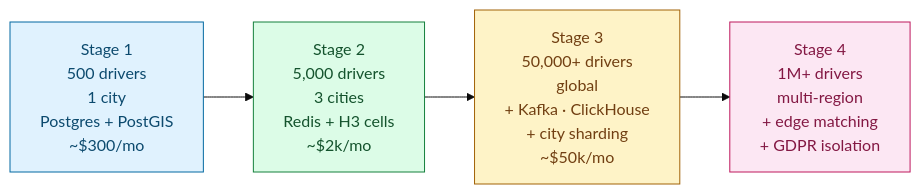
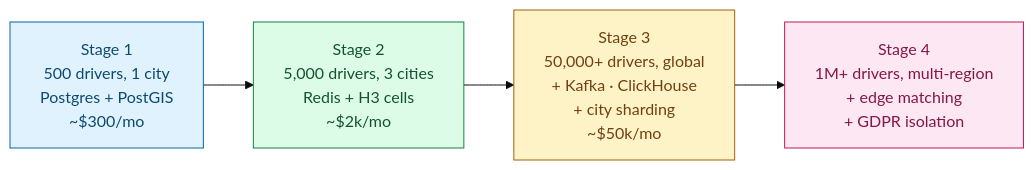
Diagram 13 of 13 in _practice/system-design/007-ride-sharing.md (shiningflash/shiningflash.github.io), drawn with Mermaid (base theme) before and after one commit. The commit also changed other lines of this file and 18 other files, not shown here.

````diff
--- a/_practice/system-design/007-ride-sharing.md
+++ b/_practice/system-design/007-ride-sharing.md
@@ -1012,14 +962,14 @@
 ```mermaid
 flowchart LR
-    S1["Stage 1<br/>500 drivers<br/>1 city<br/>Postgres + PostGIS<br/>~$300/mo"]:::s1
-    S2["Stage 2<br/>5,000 drivers<br/>3 cities<br/>Redis + H3 cells<br/>~$2k/mo"]:::s2
-    S3["Stage 3<br/>50,000+ drivers<br/>global<br/>+ Kafka · ClickHouse<br/>+ city sharding<br/>~$50k/mo"]:::s3
-    S4["Stage 4<br/>1M+ drivers<br/>multi-region<br/>+ edge matching<br/>+ GDPR isolation"]:::s4
+    S1["Stage 1<br/>500 drivers, 1 city<br/>Postgres + PostGIS<br/>~$300/mo"]:::s1
+    S2["Stage 2<br/>5,000 drivers, 3 cities<br/>Redis + H3 cells<br/>~$2k/mo"]:::s2
+    S3["Stage 3<br/>50,000+ drivers, global<br/>+ Kafka · ClickHouse<br/>+ city sharding<br/>~$50k/mo"]:::s3
+    S4["Stage 4<br/>1M+ drivers, multi-region<br/>+ edge matching<br/>+ GDPR isolation"]:::s4
 
     S1 --> S2 --> S3 --> S4
 
     classDef s1 fill:#e0f2fe,stroke:#0369a1,color:#0c4a6e
     classDef s2 fill:#dcfce7,stroke:#15803d,color:#14532d
     classDef s3 fill:#fef3c7,stroke:#a16207,color:#713f12
     classDef s4 fill:#fce7f3,stroke:#be185d,color:#831843
 ```
````
